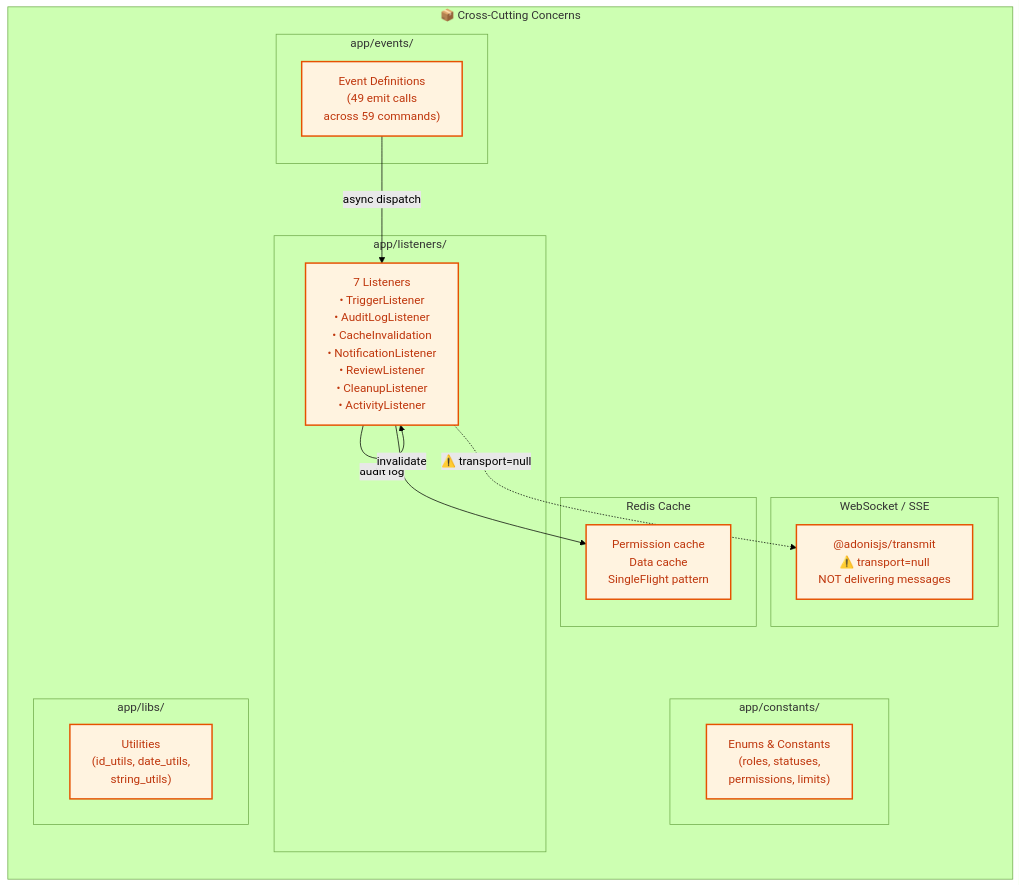
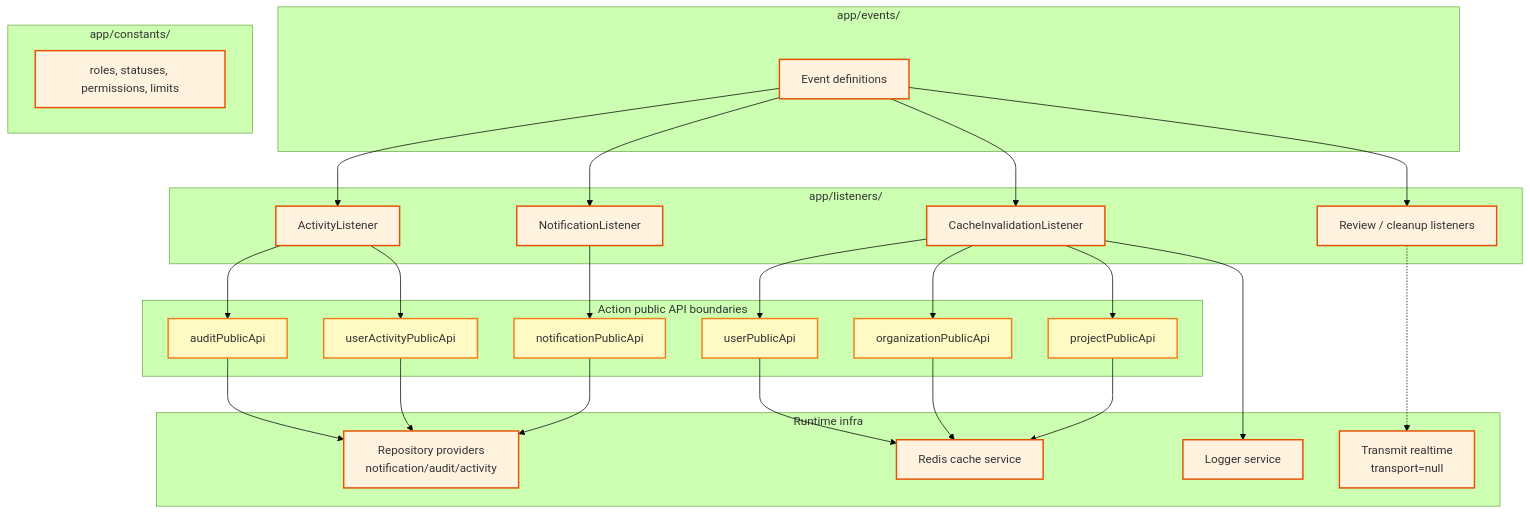
Before and after one commit to DuyetTN3112/Suar: the diagram in diagram/Package/pkg_05_crosscutting.mmd, drawn with Mermaid (forest theme). The commit also changed 135 other files, not shown here.

```diff
--- a/diagram/Package/pkg_05_crosscutting.mmd
+++ b/diagram/Package/pkg_05_crosscutting.mmd
@@ -1,34 +1,60 @@
-%% Package Diagram: Suar Platform — Cross-Cutting Concerns (Detail)
-%% Shows event bus, listeners, cache, WebSocket/SSE, constants, and utilities.
-%% Cross-cutting concerns span all layers; events are emitted by Application Layer.
+%% Package Diagram: Suar Platform - Cross-Cutting Concerns
+%% Updated 2026-05-12.
 
 graph TD
-    subgraph crosscutting["📦 Cross-Cutting Concerns"]
-        direction TB
-        subgraph events_pkg["app/events/"]
-            EVENTS["Event Definitions\n(49 emit calls\nacross 59 commands)"]
-        end
-        subgraph listeners_pkg["app/listeners/"]
-            LISTENERS["7 Listeners\n• TriggerListener\n• AuditLogListener\n• CacheInvalidation\n• NotificationListener\n• ReviewListener\n• CleanupListener\n• ActivityListener"]
-        end
-        subgraph cache_pkg["Redis Cache"]
-            CACHE["Permission cache\nData cache\nSingleFlight pattern"]
-        end
-        subgraph ws_pkg["WebSocket / SSE"]
-            TRANSMIT["@adonisjs/transmit\n⚠️ transport=null\nNOT delivering messages"]
-        end
-        subgraph constants_pkg["app/constants/"]
-            CONSTANTS["Enums & Constants\n(roles, statuses,\npermissions, limits)"]
-        end
-        subgraph libs_pkg["app/libs/"]
-            LIBS["Utilities\n(id_utils, date_utils,\nstring_utils)"]
-        end
+    subgraph events_pkg["app/events/"]
+        EVENTS["Event definitions"]
     end
 
-    EVENTS -->|"async dispatch"| LISTENERS
-    LISTENERS -->|"audit log"| LISTENERS
-    LISTENERS -->|"invalidate"| CACHE
-    LISTENERS -.->|"⚠️ transport=null"| TRANSMIT
+    subgraph listeners_pkg["app/listeners/"]
+        ACTIVITY["ActivityListener"]
+        NOTIFICATION["NotificationListener"]
+        CACHE_INVALIDATION["CacheInvalidationListener"]
+        REVIEW["Review / cleanup listeners"]
+    end
 
-    classDef crossStyle fill:#FFF3E0,stroke:#E65100,stroke-width:2px,color:#BF360C
-    class EVENTS,LISTENERS,CACHE,TRANSMIT,CONSTANTS,LIBS crossStyle
+    subgraph public_apis["Action public API boundaries"]
+        AUDIT_API["auditPublicApi"]
+        ACTIVITY_API["userActivityPublicApi"]
+        NOTIF_API["notificationPublicApi"]
+        USER_API["userPublicApi"]
+        ORG_API["organizationPublicApi"]
+        PROJECT_API["projectPublicApi"]
+    end
+
+    subgraph infra_runtime["Runtime infra"]
+        CACHE["Redis cache service"]
+        LOGGER["Logger service"]
+        REPO_PROVIDERS["Repository providers\nnotification/audit/activity"]
+        TRANSMIT["Transmit realtime\ntransport=null"]
+    end
+
+    subgraph constants_pkg["app/constants/"]
+        CONSTANTS["roles, statuses, permissions, limits"]
+    end
+
+    EVENTS --> ACTIVITY
+    EVENTS --> NOTIFICATION
+    EVENTS --> CACHE_INVALIDATION
+    EVENTS --> REVIEW
+
+    ACTIVITY --> AUDIT_API
+    ACTIVITY --> ACTIVITY_API
+    NOTIFICATION --> NOTIF_API
+    CACHE_INVALIDATION --> USER_API
+    CACHE_INVALIDATION --> ORG_API
+    CACHE_INVALIDATION --> PROJECT_API
+
+    AUDIT_API --> REPO_PROVIDERS
+    ACTIVITY_API --> REPO_PROVIDERS
+    NOTIF_API --> REPO_PROVIDERS
+    USER_API --> CACHE
+    ORG_API --> CACHE
+    PROJECT_API --> CACHE
+    CACHE_INVALIDATION --> LOGGER
+    REVIEW -.-> TRANSMIT
+
+    classDef crossStyle fill:#FFF3E0,stroke:#E65100,stroke-width:2px,color:#333
+    classDef apiStyle fill:#FFF9C4,stroke:#F57F17,stroke-width:2px,color:#333
+    class EVENTS,ACTIVITY,NOTIFICATION,CACHE_INVALIDATION,REVIEW,CACHE,LOGGER,REPO_PROVIDERS,TRANSMIT,CONSTANTS crossStyle
+    class AUDIT_API,ACTIVITY_API,NOTIF_API,USER_API,ORG_API,PROJECT_API apiStyle
```
